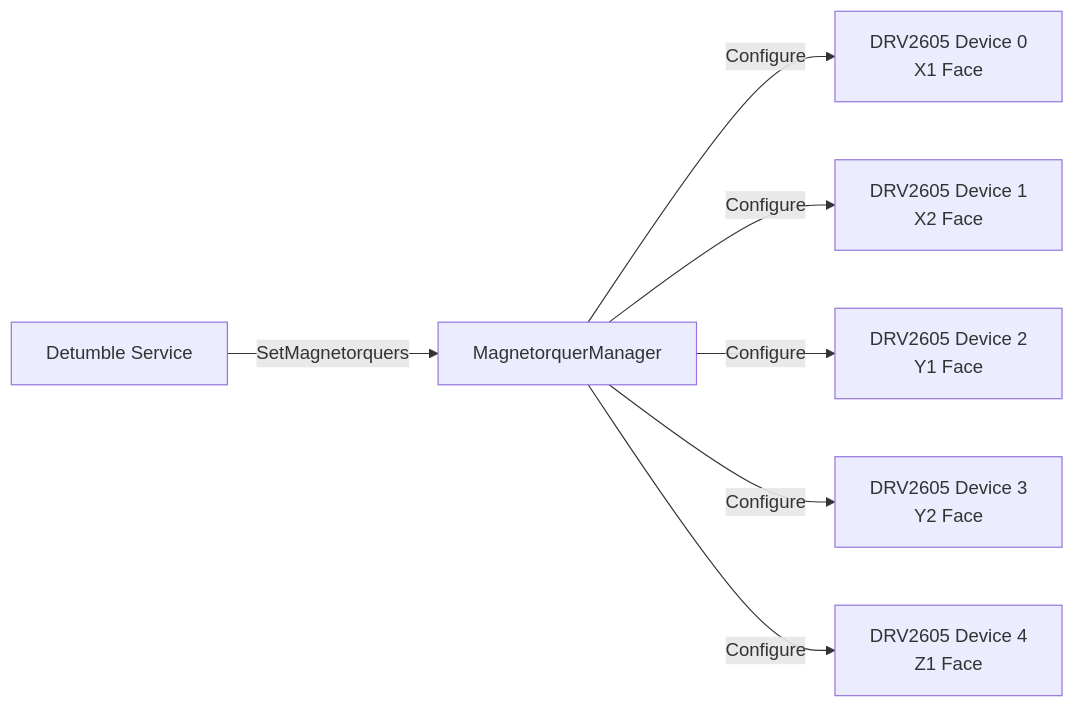
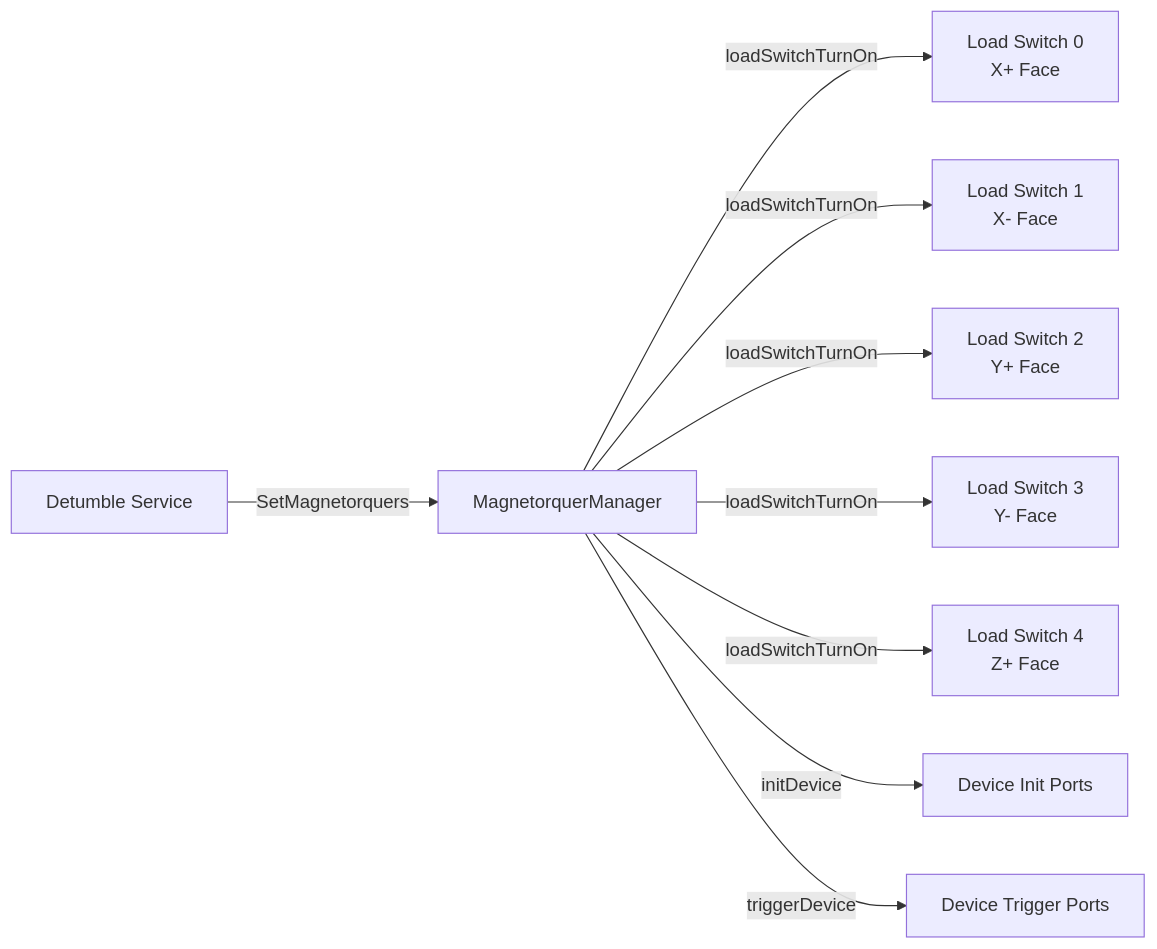
One commit to Open-Source-Space-Foundation/proves-core-reference changed the first of 5 diagrams in FprimeZephyrReference/Components/MagnetorquerManager/docs/sdd.md. Above: the diagram before and after it, drawn with Mermaid. The commit also changed other lines of this file and 1 other file, not shown here.

````diff
--- a/FprimeZephyrReference/Components/MagnetorquerManager/docs/sdd.md
+++ b/FprimeZephyrReference/Components/MagnetorquerManager/docs/sdd.md
@@ -11,9 +11,11 @@
 ```mermaid
 graph LR
     A[Detumble Service] -->|SetMagnetorquers| B[MagnetorquerManager]
-    B -->|Configure| C[DRV2605 Device 0<br/>X1 Face]
-    B -->|Configure| D[DRV2605 Device 1<br/>X2 Face]
-    B -->|Configure| E[DRV2605 Device 2<br/>Y1 Face]
-    B -->|Configure| F[DRV2605 Device 3<br/>Y2 Face]
-    B -->|Configure| G[DRV2605 Device 4<br/>Z1 Face]
+    B -->|loadSwitchTurnOn| C[Load Switch 0<br/>X+ Face]
+    B -->|loadSwitchTurnOn| D[Load Switch 1<br/>X- Face]
+    B -->|loadSwitchTurnOn| E[Load Switch 2<br/>Y+ Face]
+    B -->|loadSwitchTurnOn| F[Load Switch 3<br/>Y- Face]
+    B -->|loadSwitchTurnOn| G[Load Switch 4<br/>Z+ Face]
+    B -->|initDevice| H[Device Init Ports]
+    B -->|triggerDevice| I[Device Trigger Ports]
 ```
````
